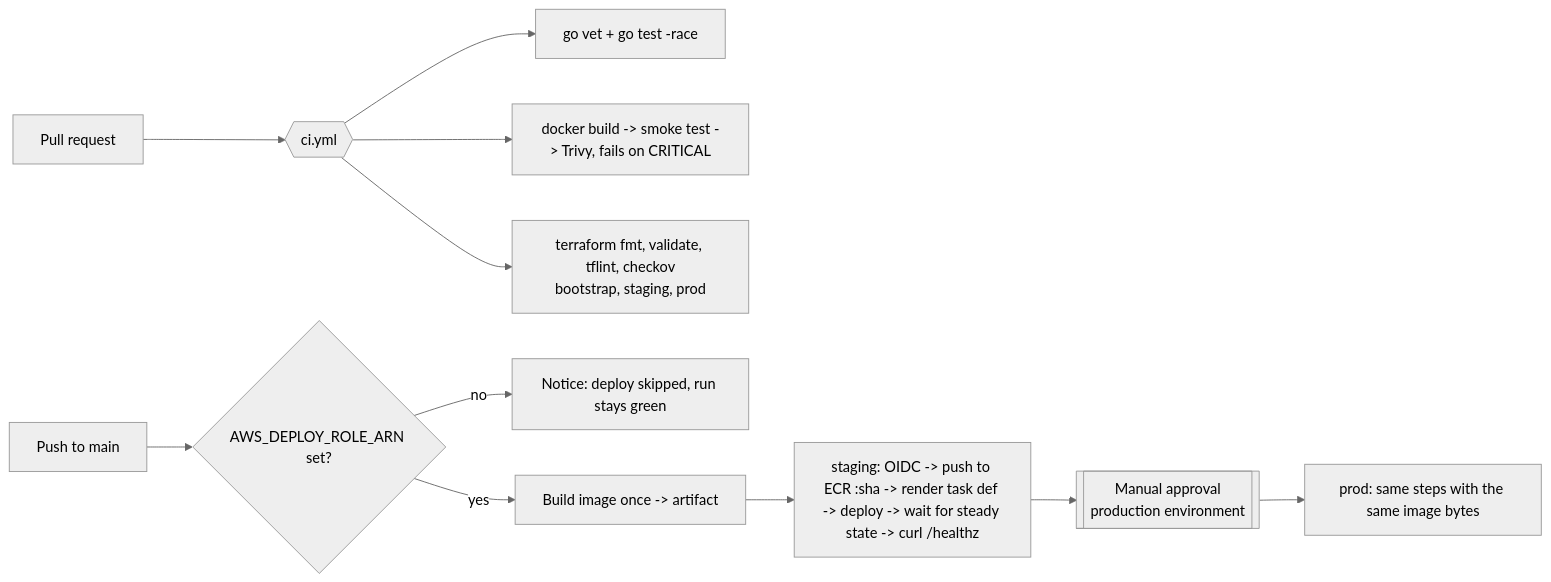
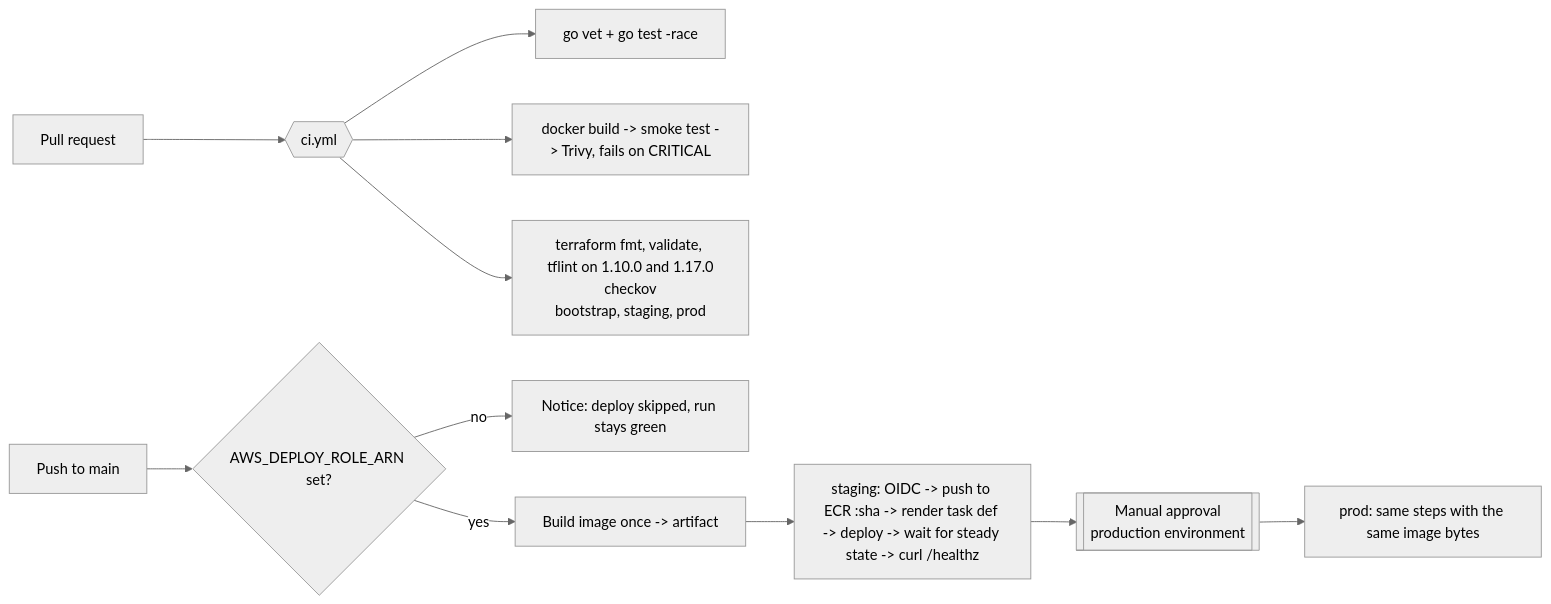
The second of 2 diagrams in deploy/README.md (minhhieu21193/orderflow), drawn with Mermaid (neutral theme) before and after one commit. The commit also changed other lines of this file and 12 other files, not shown here.

````diff
--- a/deploy/README.md
+++ b/deploy/README.md
@@ -87,14 +87,14 @@
 ```mermaid
 flowchart LR
   pr[Pull request] --> ci{{ci.yml}}
   ci --> go[go vet + go test -race]
   ci --> img[docker build -> smoke test -> Trivy, fails on CRITICAL]
-  ci --> tf[terraform fmt, validate, tflint, checkov<br/>bootstrap, staging, prod]
+  ci --> tf[terraform fmt, validate, tflint on 1.10.0 and 1.17.0<br/>checkov<br/>bootstrap, staging, prod]
 
   main[Push to main] --> gate{AWS_DEPLOY_ROLE_ARN set?}
   gate -- no --> skip[Notice: deploy skipped, run stays green]
   gate -- yes --> build[Build image once -> artifact]
   build --> stg[staging: OIDC -> push to ECR :sha -> render task def -> deploy -> wait for steady state -> curl /healthz]
   stg --> approve[[Manual approval<br/>production environment]]
   approve --> prd[prod: same steps with the same image bytes]
 ```
````
